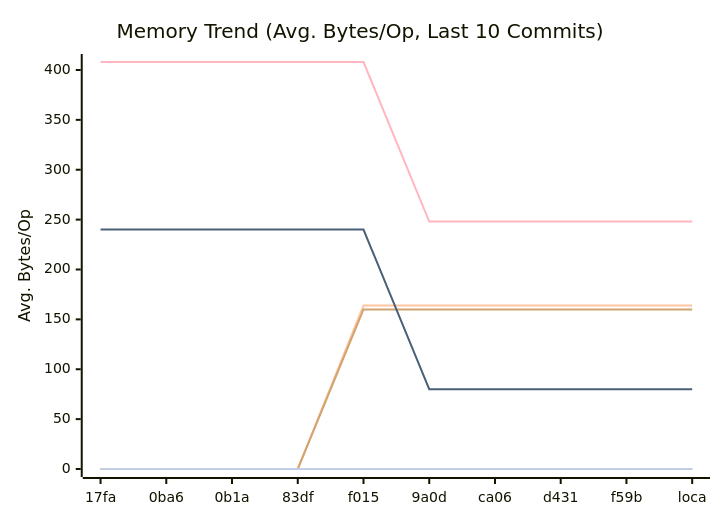
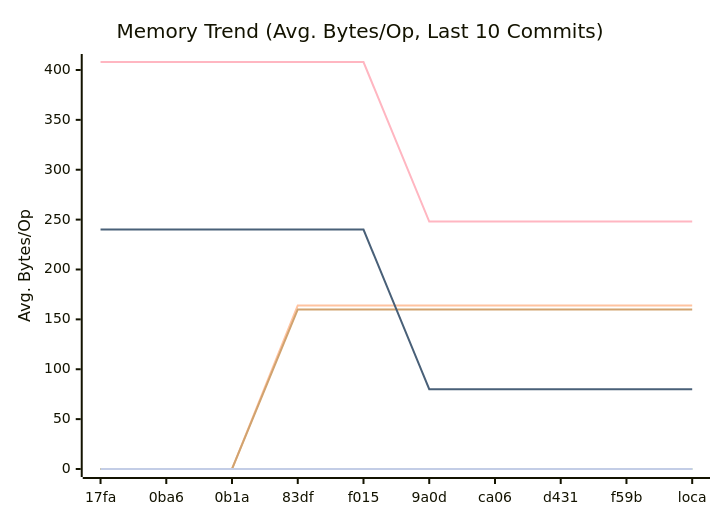
One commit to alsotoes/momo changed the second of 3 diagrams in docs/PERFORMANCE.md. Above: the diagram before and after it, drawn with Mermaid. The commit also changed other lines of this file and 2 other files, not shown here.

````diff
--- a/docs/PERFORMANCE.md
+++ b/docs/PERFORMANCE.md
@@ -97,16 +97,16 @@
 ```mermaid
 xychart-beta
     title "Memory Trend (Avg. Bytes/Op, Last 10 Commits)"
     x-axis "Commit"
     y-axis "Avg. Bytes/Op"
     x-axis [17fa,0ba6,0b1a,83df,f015,9a0d,ca06,d431,f59b,loca]
     line "CheckMetricsAndSwap" [0,0,0,0,0,0,0,0,0,0]
     line "CrushOptimized" [0,0,0,0,0,0,0,0,0,0]
-    line "CrushOriginal" [0,0,0,0,164,164,164,164,164,164]
+    line "CrushOriginal" [0,0,0,164,164,164,164,164,164,164]
     line "IndexDirectTracking" [0,0,0,0,0,0,0,0,0,0]
     line "IndexSearch" [0,0,0,0,0,0,0,0,0,0]
-    line "LoadGlobalConfig" [0,0,0,0,160,160,160,160,160,160]
+    line "LoadGlobalConfig" [0,0,0,160,160,160,160,160,160,160]
     line "PadString" [0,0,0,0,0,0,0,0,0,0]
     line "ParseReplicationOrder_NoPrealloc" [408,408,408,408,408,248,248,248,248,248]
     line "ParseReplicationOrder_Prealloc" [240,240,240,240,240,80,80,80,80,80]
 ```
````
